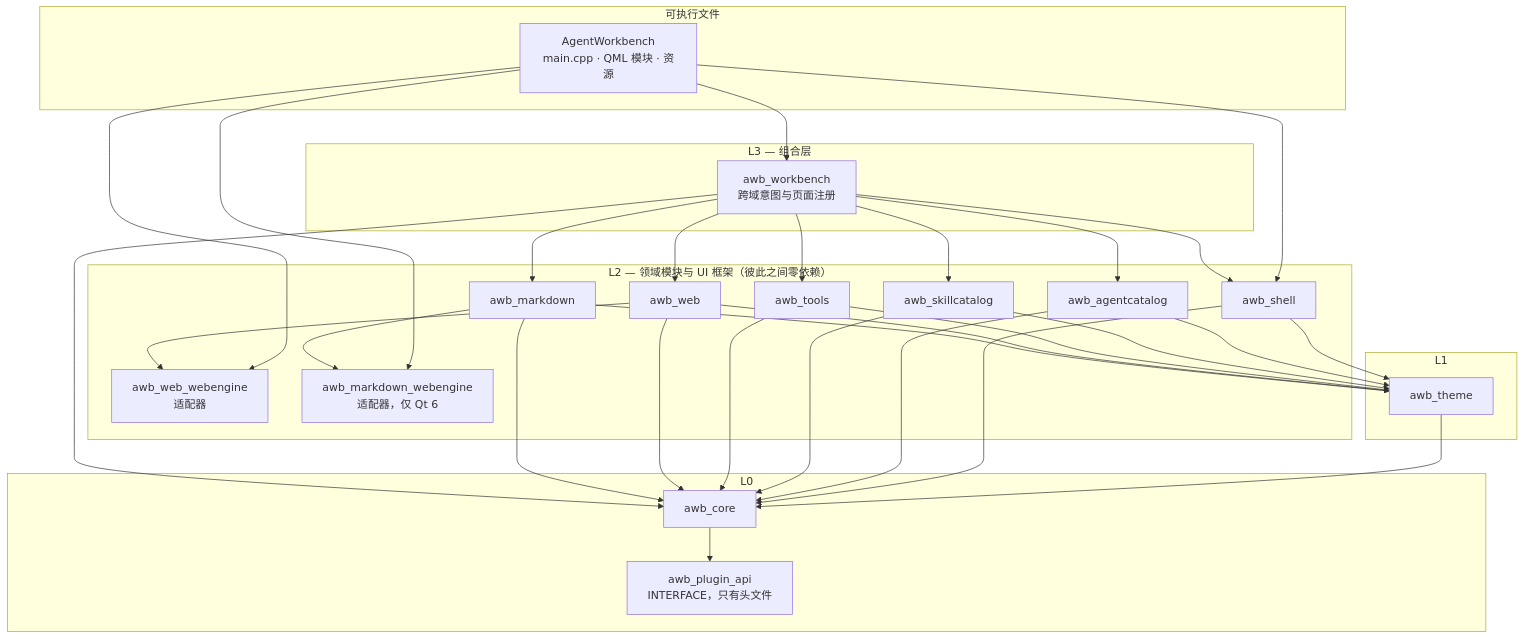
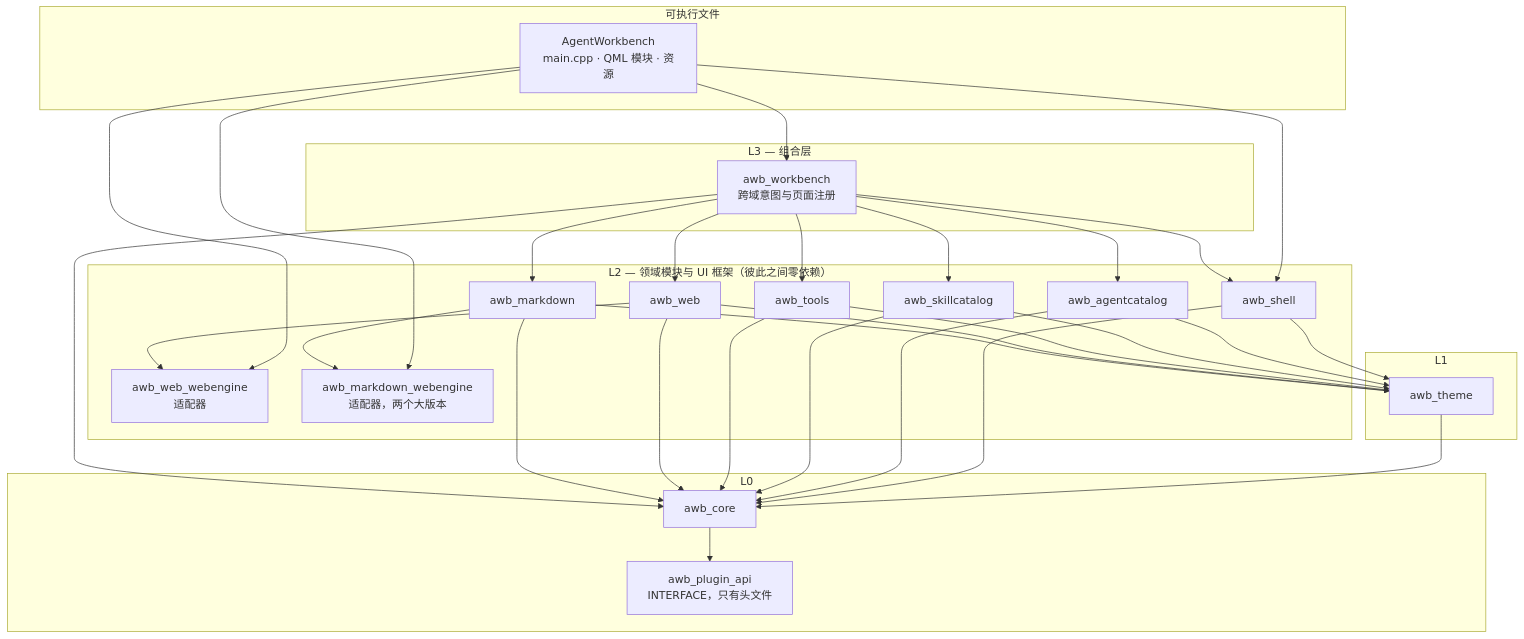
Before and after one commit to czyt1988/AgentWorkbench: the diagram in docs/zh/architecture/分层与依赖.md, drawn with Mermaid. The commit also changed 8 other files, not shown here.

````diff
--- a/docs/zh/architecture/分层与依赖.md
+++ b/docs/zh/architecture/分层与依赖.md
@@ -9,54 +9,54 @@
 ```mermaid
 flowchart TB
     subgraph L_exe["可执行文件"]
         app["AgentWorkbench<br/>main.cpp · QML 模块 · 资源"]
     end
     subgraph L3["L3 — 组合层"]
         workbench["awb_workbench<br/>跨域意图与页面注册"]
     end
     subgraph L2["L2 — 领域模块与 UI 框架（彼此之间零依赖）"]
         shell["awb_shell"]
         agentcatalog["awb_agentcatalog"]
         skillcatalog["awb_skillcatalog"]
         tools["awb_tools"]
         web["awb_web"]
         webengine["awb_web_webengine<br/>适配器"]
         markdown["awb_markdown"]
-        mdwebengine["awb_markdown_webengine<br/>适配器，仅 Qt 6"]
+        mdwebengine["awb_markdown_webengine<br/>适配器，两个大版本"]
     end
     subgraph L1["L1"]
         theme["awb_theme"]
     end
     subgraph L0["L0"]
         core["awb_core"]
         pluginapi["awb_plugin_api<br/>INTERFACE，只有头文件"]
     end
 
     app --> workbench
     app --> shell
     app --> webengine
     app --> mdwebengine
     workbench --> shell
     workbench --> agentcatalog
     workbench --> skillcatalog
     workbench --> tools
     workbench --> web
     workbench --> markdown
     web --> webengine
     markdown --> mdwebengine
     shell --> theme
     agentcatalog --> theme
     skillcatalog --> theme
     tools --> theme
     web --> theme
     markdown --> theme
     theme --> core
     shell --> core
     agentcatalog --> core
     skillcatalog --> core
     tools --> core
     web --> core
     markdown --> core
     workbench --> core
     core --> pluginapi
 ```
````
